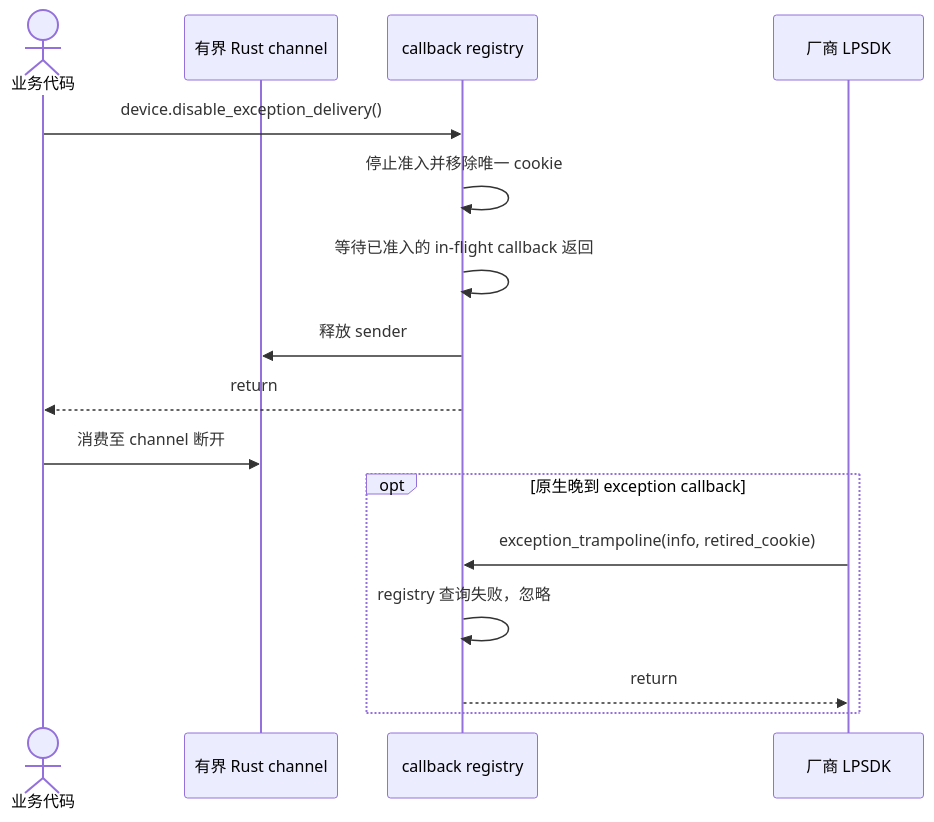
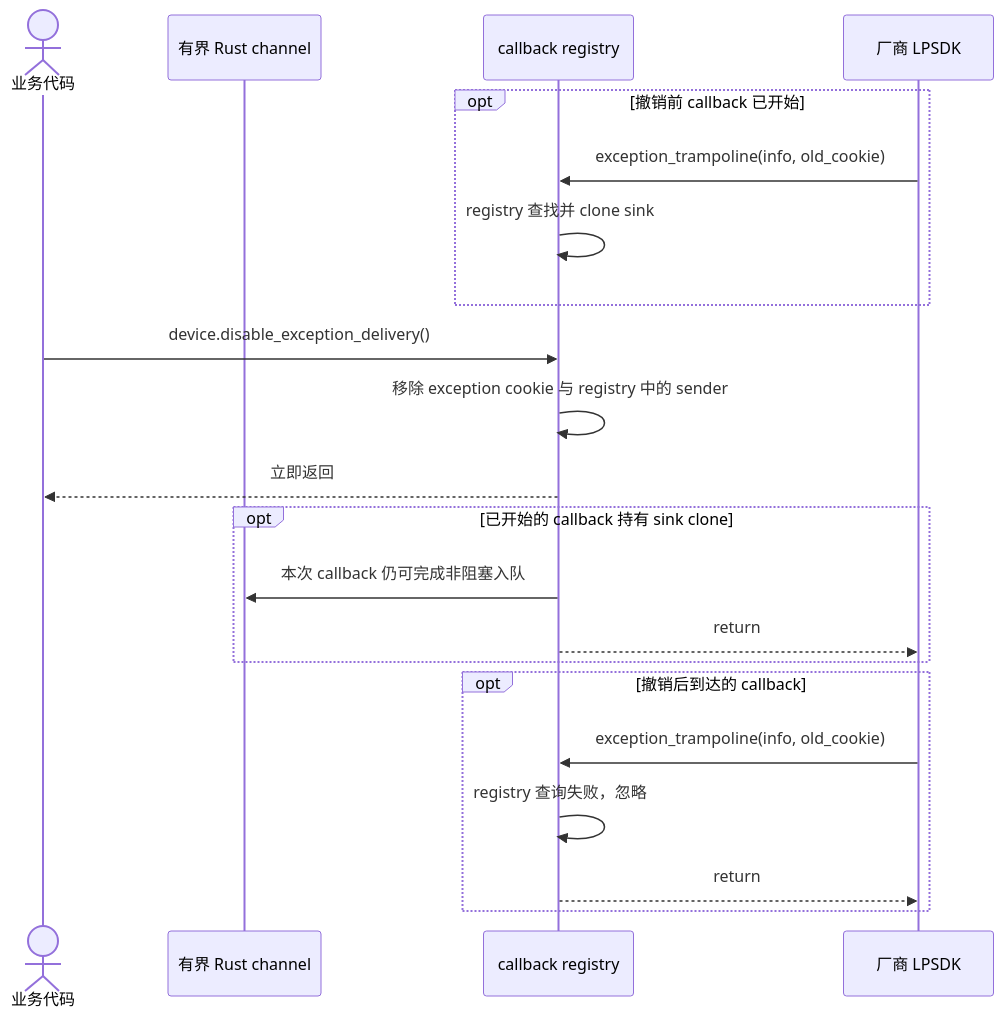
One commit to JSB-Unscarred/3dmvs-sdk-rs changed the second of 2 diagrams in 时序图/callback-采集与停止.md. Above: the diagram before and after it, drawn with Mermaid. The commit also changed other lines of this file and 43 other files, not shown here.

````diff
--- a/时序图/callback-采集与停止.md
+++ b/时序图/callback-采集与停止.md
@@ -94,19 +97,24 @@
 ```mermaid
 sequenceDiagram
     actor App as 业务代码
     participant Queue as 有界 Rust channel
     participant Core as callback registry
     participant Native as 厂商 LPSDK
 
+    opt 撤销前 callback 已开始
+        Native->>Core: exception_trampoline(info, old_cookie)
+        Core->>Core: registry 查找并 clone sink
+    end
     App->>Core: device.disable_exception_delivery()
-    Core->>Core: 停止准入并移除唯一 cookie
-    Core->>Core: 等待已准入的 in-flight callback 返回
-    Core->>Queue: 释放 sender
-    Core-->>App: return
-    App->>Queue: 消费至 channel 断开
-    opt 原生晚到 exception callback
-        Native->>Core: exception_trampoline(info, retired_cookie)
+    Core->>Core: 移除 exception cookie 与 registry 中的 sender
+    Core-->>App: 立即返回
+    opt 已开始的 callback 持有 sink clone
+        Core->>Queue: 本次 callback 仍可完成非阻塞入队
+        Core-->>Native: return
+    end
+    opt 撤销后到达的 callback
+        Native->>Core: exception_trampoline(info, old_cookie)
         Core->>Core: registry 查询失败，忽略
         Core-->>Native: return
     end
 ```
````
